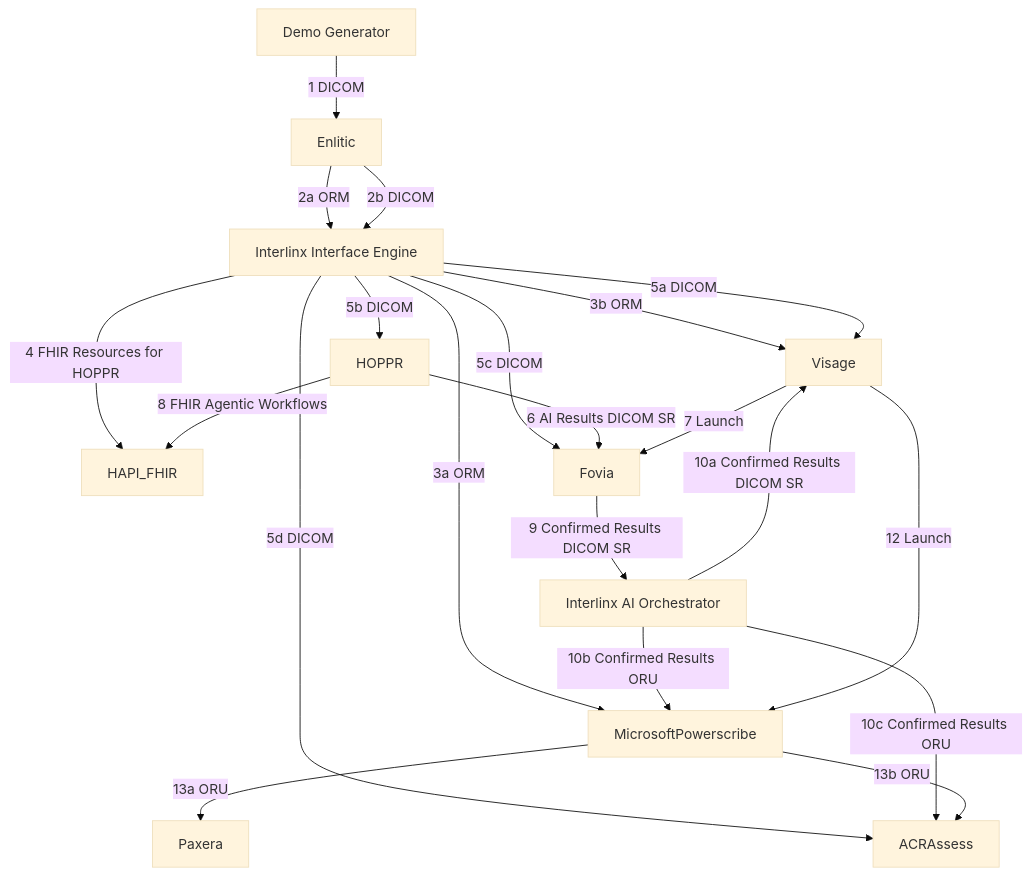
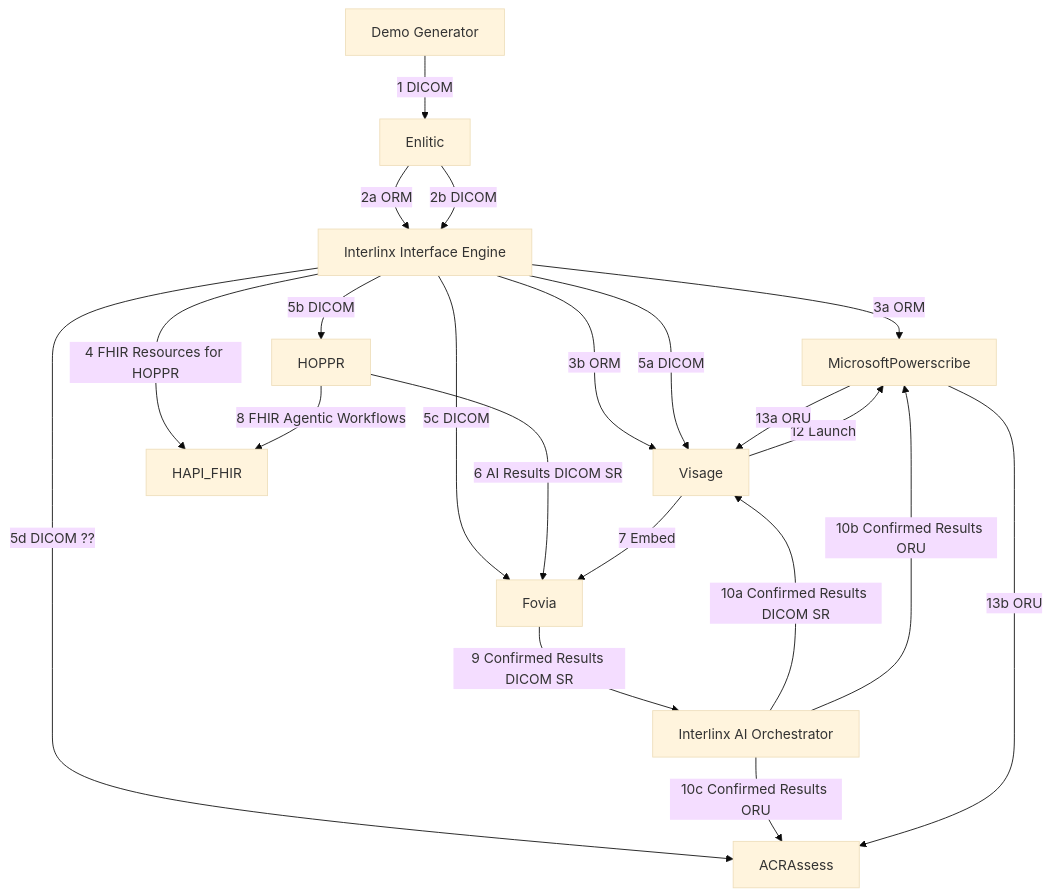
One commit to amadeuspzs/rsna-rr-demo-diagrams changed the diagram in coolidge-tbd.md. Above: the diagram before and after it, drawn with Mermaid (base theme). The commit also changed other lines of this file, not shown here.

````diff
--- a/coolidge-tbd.md
+++ b/coolidge-tbd.md
@@ -4,34 +4,34 @@
 ```mermaid
 flowchart TD
     Generator[Demo Generator] --> |1 DICOM| Enlitic
 
     Enlitic --> |2a ORM| InterlinxIE[Interlinx Interface Engine]
     Enlitic --> |2b DICOM| InterlinxIE
 
     InterlinxIE --> |3a ORM| MicrosoftPowerscribe
     InterlinxIE --> |3b ORM| Visage
 
     InterlinxIE --> |4 FHIR Resources for HOPPR| HAPI_FHIR
 
     InterlinxIE --> |5a DICOM| Visage
     InterlinxIE --> |5b DICOM| HOPPR
     InterlinxIE --> |5c DICOM| Fovia
-    InterlinxIE --> |5d DICOM| ACRAssess
+    InterlinxIE --> |5d DICOM ??| ACRAssess
 
     HOPPR --> |6 AI Results DICOM SR| Fovia
 
-    Visage --> |7 Launch| Fovia
+    Visage --> |7 Embed| Fovia
 
     HOPPR --> |8 FHIR Agentic Workflows| HAPI_FHIR
 
     Fovia --> |9 Confirmed Results DICOM SR| InterlinxAIO[Interlinx AI Orchestrator]
 
     InterlinxAIO --> |10a Confirmed Results DICOM SR| Visage
     InterlinxAIO --> |10b Confirmed Results ORU| MicrosoftPowerscribe
     InterlinxAIO --> |10c Confirmed Results ORU| ACRAssess
 
     Visage --> |12 Launch| MicrosoftPowerscribe
 
-    MicrosoftPowerscribe --> |13a ORU| Paxera
+    MicrosoftPowerscribe --> |13a ORU| Visage
     MicrosoftPowerscribe --> |13b ORU| ACRAssess
 ```
````
